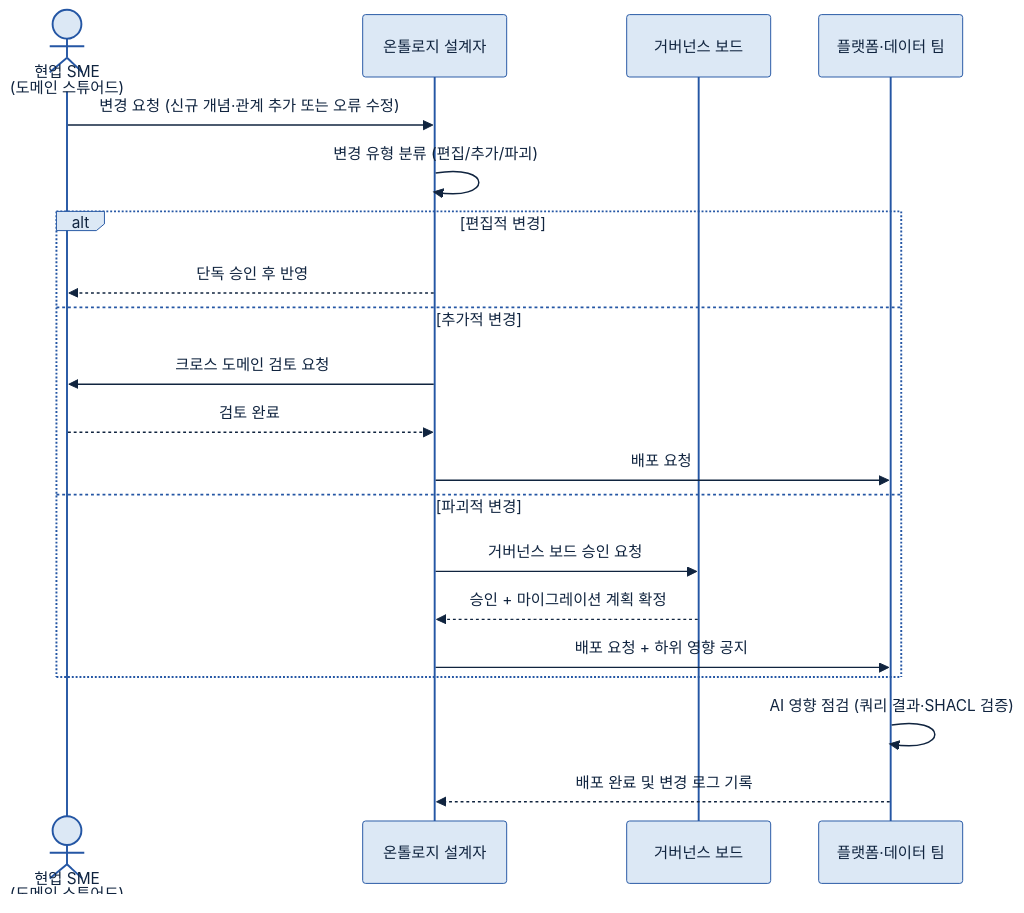
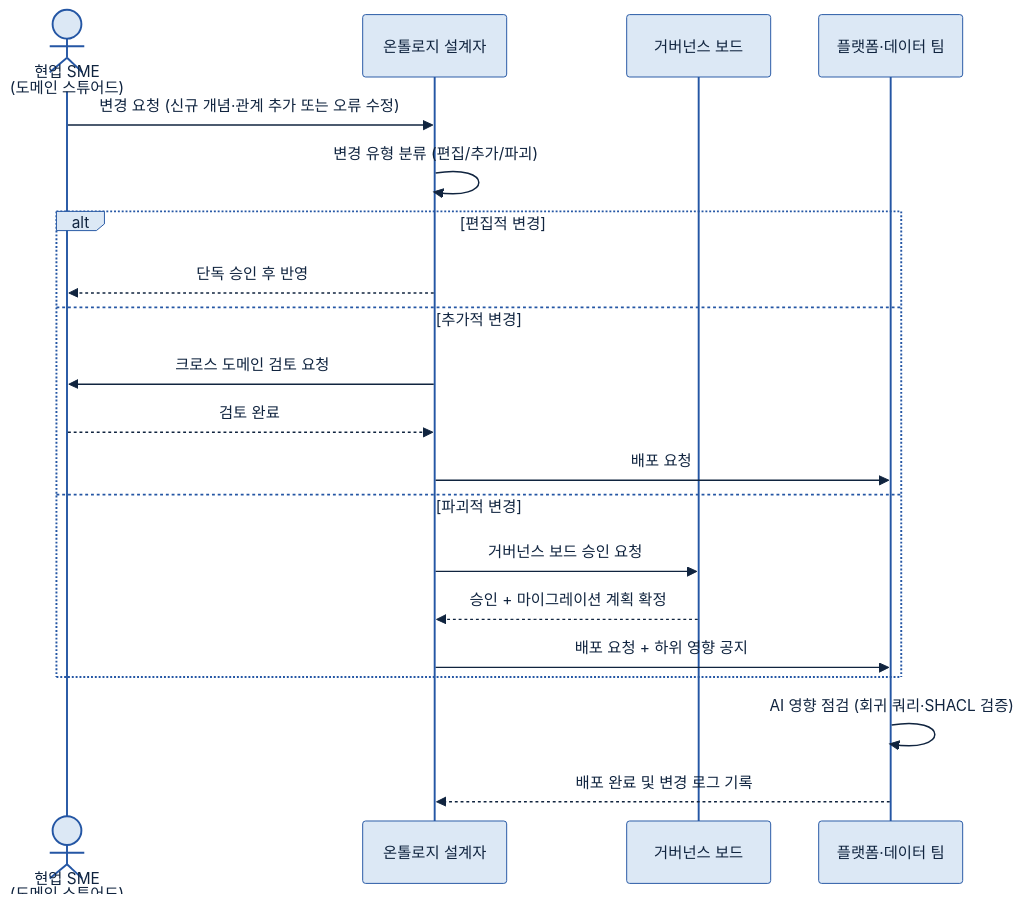
The tenth of 11 diagrams in 가이드 작성/B-3 온톨로지/B-3 온톨로지.md (jin-kearney/ai-ready-data-manual), drawn with Mermaid before and after one commit. The commit also changed other lines of this file and 2 other files, not shown here.

````diff
--- a/가이드 작성/B-3 온톨로지/B-3 온톨로지.md
+++ b/가이드 작성/B-3 온톨로지/B-3 온톨로지.md
@@ -722,24 +910,24 @@
 ```mermaid
 %%{init: {'theme':'base','themeVariables':{'primaryColor':'#DCE8F5','primaryBorderColor':'#2456A4','primaryTextColor':'#10243f','lineColor':'#2456A4','fontSize':'13px'}}}%%
 sequenceDiagram
     actor SME as 현업 SME<br/>(도메인 스튜어드)
     participant ONT as 온톨로지 설계자
     participant GOV as 거버넌스 보드
     participant SYS as 플랫폼·데이터 팀
 
     SME->>ONT: 변경 요청 (신규 개념·관계 추가 또는 오류 수정)
     ONT->>ONT: 변경 유형 분류 (편집/추가/파괴)
     alt 편집적 변경
         ONT-->>SME: 단독 승인 후 반영
     else 추가적 변경
         ONT->>SME: 크로스 도메인 검토 요청
         SME-->>ONT: 검토 완료
         ONT->>SYS: 배포 요청
     else 파괴적 변경
         ONT->>GOV: 거버넌스 보드 승인 요청
         GOV-->>ONT: 승인 + 마이그레이션 계획 확정
         ONT->>SYS: 배포 요청 + 하위 영향 공지
     end
-    SYS->>SYS: AI 영향 점검 (쿼리 결과·SHACL 검증)
+    SYS->>SYS: AI 영향 점검 (회귀 쿼리·SHACL 검증)
     SYS-->>ONT: 배포 완료 및 변경 로그 기록
 ```
````
